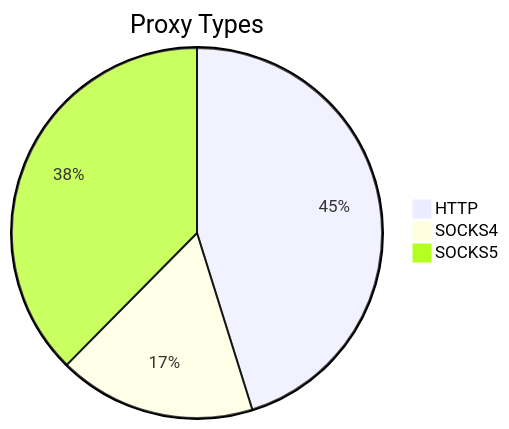
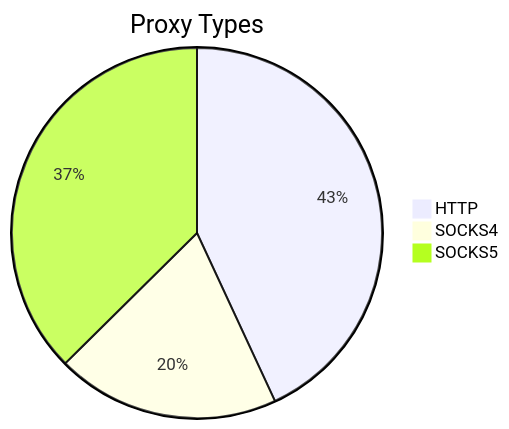
The first of 2 diagrams in README.md (stormsia/proxy-list), drawn with Mermaid before and after one commit. The commit also changed other lines of this file, not shown here.

````diff
--- a/README.md
+++ b/README.md
@@ -21,6 +21,6 @@
 ```mermaid
 pie title Proxy Types
-    "HTTP" : 173
-    "SOCKS4" : 66
-    "SOCKS5" : 144
+    "HTTP" : 190
+    "SOCKS4" : 86
+    "SOCKS5" : 165
 ```
````
